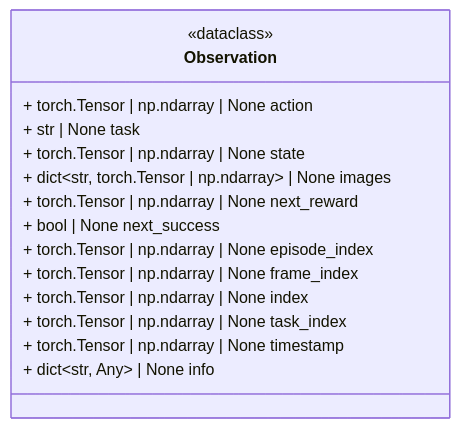
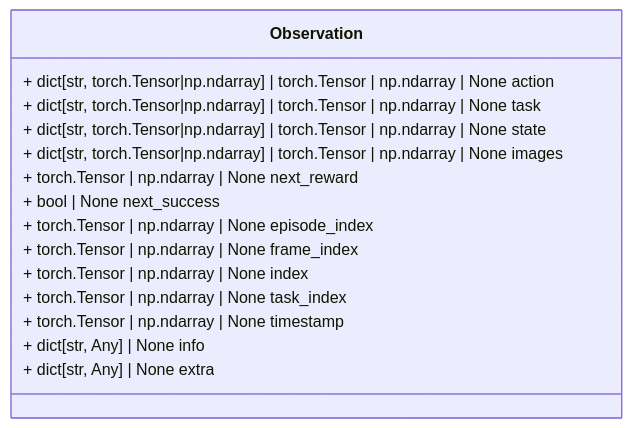
One commit to open-edge-platform/physical-ai-studio changed the diagram in lib/docs/design/data/dataclasses.md. Above: the diagram before and after it, drawn with Mermaid.

Commit message:
add updated observation dataclass

````diff
--- a/lib/docs/design/data/dataclasses.md
+++ b/lib/docs/design/data/dataclasses.md
@@ -10,18 +10,18 @@
 ```mermaid
 classDiagram
     class Observation {
-        <<dataclass>>
-        + torch.Tensor | np.ndarray | None action
-        + str | None task
-        + torch.Tensor | np.ndarray | None state
-        + dict~str, torch.Tensor | np.ndarray~ | None images
+        + dict[str, torch.Tensor|np.ndarray] | torch.Tensor | np.ndarray | None action
+        + dict[str, torch.Tensor|np.ndarray] | torch.Tensor | np.ndarray | None task
+        + dict[str, torch.Tensor|np.ndarray] | torch.Tensor | np.ndarray | None state
+        + dict[str, torch.Tensor|np.ndarray] | torch.Tensor | np.ndarray | None images
         + torch.Tensor | np.ndarray | None next_reward
         + bool | None next_success
         + torch.Tensor | np.ndarray | None episode_index
         + torch.Tensor | np.ndarray | None frame_index
         + torch.Tensor | np.ndarray | None index
         + torch.Tensor | np.ndarray | None task_index
         + torch.Tensor | np.ndarray | None timestamp
-        + dict~str, Any~ | None info
+        + dict[str, Any] | None info
+        + dict[str, Any] | None extra
     }
 ```
````
